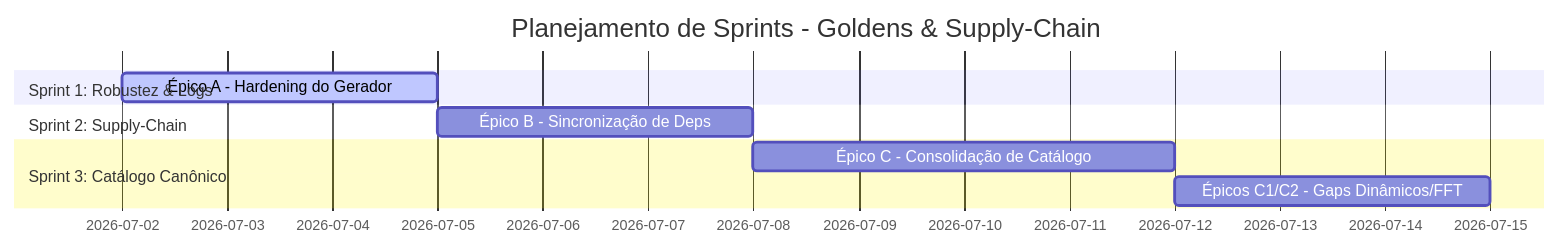
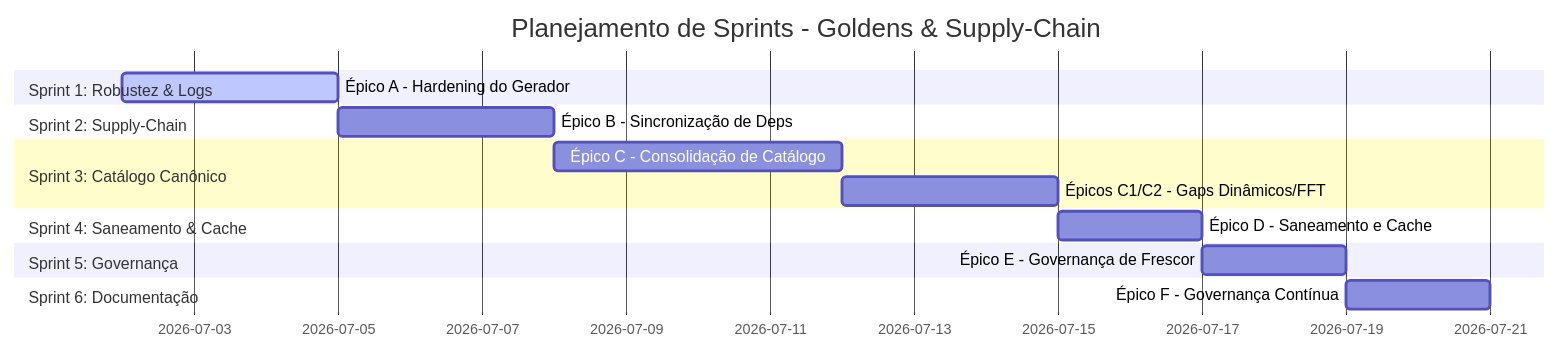
The diagram in TODO-sprints.md (fabiohl/nam-rs), drawn with Mermaid before and after one commit. The commit also changed other lines of this file and 1 other file, not shown here.

````diff
--- a/TODO-sprints.md
+++ b/TODO-sprints.md
@@ -16,12 +16,18 @@
 ```mermaid
 gantt
     title Planejamento de Sprints - Goldens & Supply-Chain
     dateFormat  YYYY-MM-DD
     section Sprint 1: Robustez & Logs
     Épico A - Hardening do Gerador   :active, 2026-07-02, 3d
     section Sprint 2: Supply-Chain
     Épico B - Sincronização de Deps : 2026-07-05, 3d
     section Sprint 3: Catálogo Canônico
     Épico C - Consolidação de Catálogo: 2026-07-08, 4d
     Épicos C1/C2 - Gaps Dinâmicos/FFT : 2026-07-12, 3d
+    section Sprint 4: Saneamento & Cache
+    Épico D - Saneamento e Cache     : 2026-07-15, 2d
+    section Sprint 5: Governança
+    Épico E - Governança de Frescor  : 2026-07-17, 2d
+    section Sprint 6: Documentação
+    Épico F - Governança Contínua    : 2026-07-19, 2d
 ```
````
